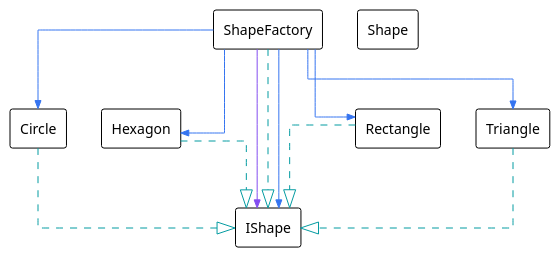
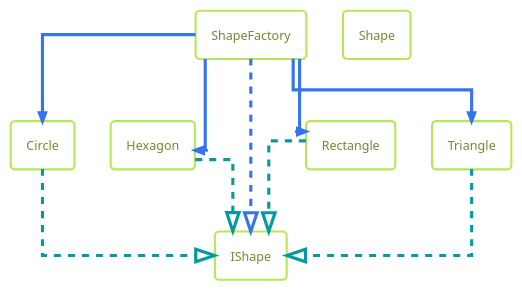
Before and after one commit to PeterRookeKainos/PetesSandbox: the diagram in Shapes/Shapes/ShapesUsingFactory.plantuml, drawn with PlantUML. The commit also changed 1 other file, not shown here.

Commit message:
(Shapes) Yet more diagrams

```diff
--- a/Shapes/Shapes/ShapesUsingFactory.plantuml
+++ b/Shapes/Shapes/ShapesUsingFactory.plantuml
@@ -1,26 +1,25 @@
 @startuml
 
-!theme plain
+!theme hacker
 top to bottom direction
 skinparam linetype ortho
 
 rectangle Circle
 rectangle Hexagon
 rectangle IShape
 rectangle Rectangle
 rectangle Shape
 rectangle ShapeFactory
 rectangle Triangle
 
 Circle        -[#039ba1,dashed]-^  IShape       
 Hexagon       -[#039ba1,dashed]-^  IShape       
-Rectangle     -[#039ba1,dashed]-^  IShape       
-ShapeFactory  -[#3574f0,plain]->>  Circle       
-ShapeFactory  -[#3574f0,plain]->>  Hexagon      
-ShapeFactory  -[#834df0,plain]->>  IShape       
-ShapeFactory  -[#039ba1,dashed]-^  IShape       
-ShapeFactory  -[#3574f0,plain]->>  IShape       
-ShapeFactory  -[#3574f0,plain]->>  Rectangle    
-ShapeFactory  -[#3574f0,plain]->>  Triangle     
-Triangle      -[#039ba1,dashed]-^  IShape       
+Rectangle     -[#039ba1,dashed]-^  IShape           
+Triangle      -[#039ba1,dashed]-^  IShape
+
+ShapeFactory -[#3574f0,dashed]-^ IShape
+ShapeFactory -[#3574f0,plain]->> Circle
+ShapeFactory -[#3574f0,plain]->> Hexagon  
+ShapeFactory -[#3574f0,plain]->> Rectangle
+ShapeFactory -[#3574f0,plain]->> Triangle
 @enduml
```
